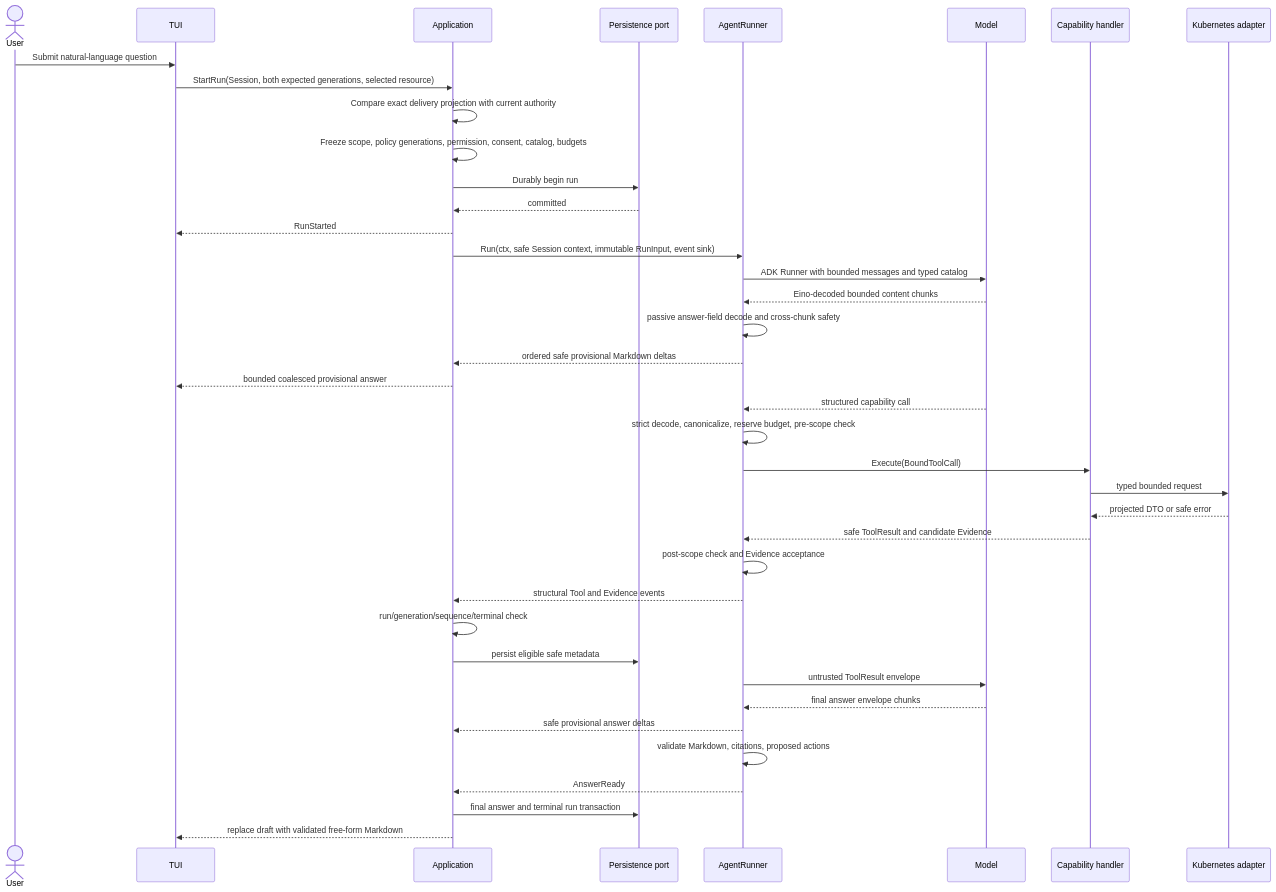
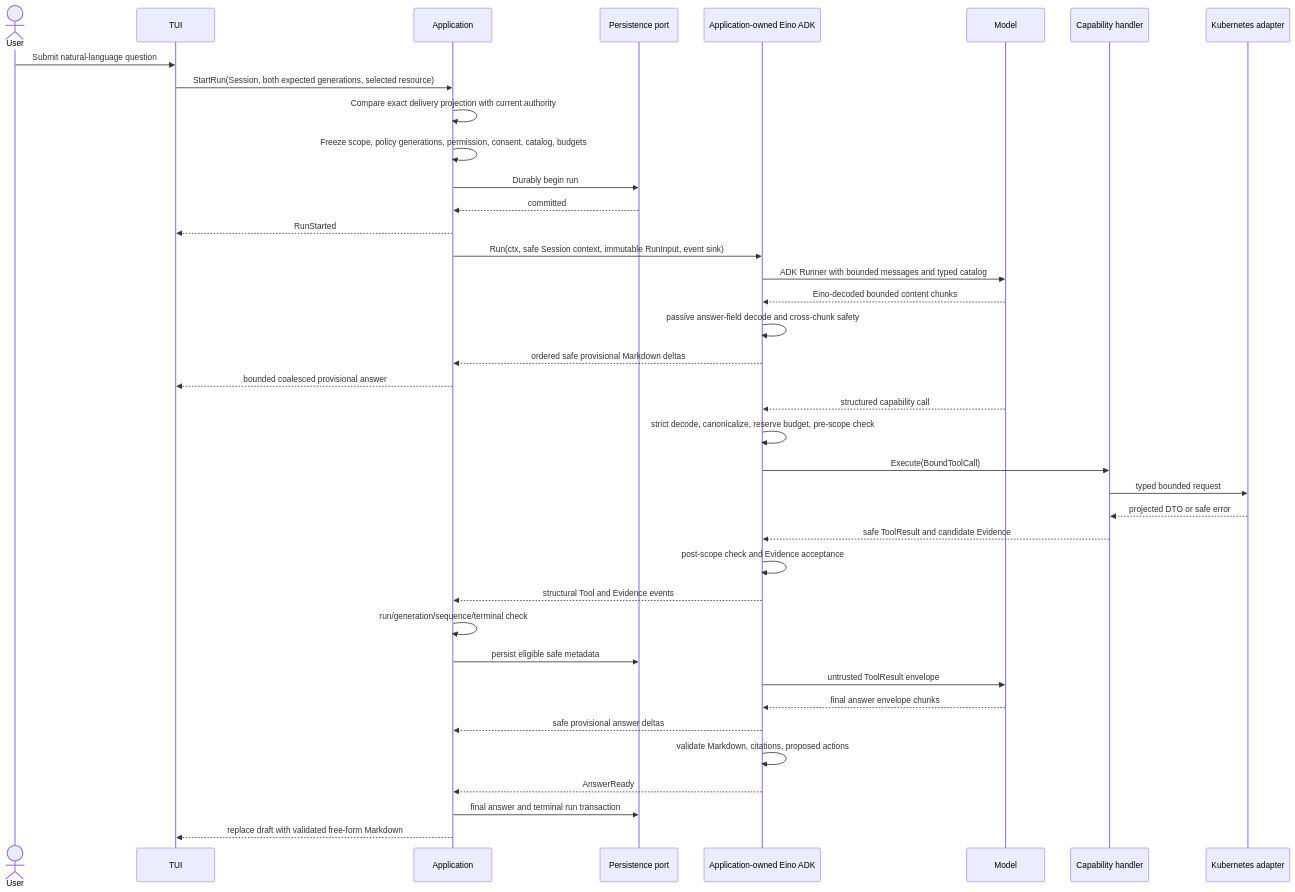
The third of 3 diagrams in docs/architecture.md (imbrooklyn/kupilot), drawn with Mermaid before and after one commit. The commit also changed other lines of this file and 135 other files, not shown here.

Commit message:
refactor: compose native Eino agents in Application

````diff
--- a/docs/architecture.md
+++ b/docs/architecture.md
@@ -218,42 +227,42 @@
 ```mermaid
 sequenceDiagram
     actor User
     participant TUI
     participant App as Application
     participant Store as Persistence port
-    participant Agent as AgentRunner
+    participant Agent as Application-owned Eino ADK
     participant Model
     participant Tool as Capability handler
     participant Kube as Kubernetes adapter
 
     User->>TUI: Submit natural-language question
     TUI->>App: StartRun(Session, both expected generations, selected resource)
     App->>App: Compare exact delivery projection with current authority
     App->>App: Freeze scope, policy generations, permission, consent, catalog, budgets
     App->>Store: Durably begin run
     Store-->>App: committed
     App-->>TUI: RunStarted
     App->>Agent: Run(ctx, safe Session context, immutable RunInput, event sink)
     Agent->>Model: ADK Runner with bounded messages and typed catalog
     Model-->>Agent: Eino-decoded bounded content chunks
     Agent->>Agent: passive answer-field decode and cross-chunk safety
     Agent-->>App: ordered safe provisional Markdown deltas
     App-->>TUI: bounded coalesced provisional answer
     Model-->>Agent: structured capability call
     Agent->>Agent: strict decode, canonicalize, reserve budget, pre-scope check
     Agent->>Tool: Execute(BoundToolCall)
     Tool->>Kube: typed bounded request
     Kube-->>Tool: projected DTO or safe error
     Tool-->>Agent: safe ToolResult and candidate Evidence
     Agent->>Agent: post-scope check and Evidence acceptance
     Agent-->>App: structural Tool and Evidence events
     App->>App: run/generation/sequence/terminal check
     App->>Store: persist eligible safe metadata
     Agent->>Model: untrusted ToolResult envelope
     Model-->>Agent: final answer envelope chunks
     Agent-->>App: safe provisional answer deltas
     Agent->>Agent: validate Markdown, citations, proposed actions
     Agent-->>App: AnswerReady
     App->>Store: final answer and terminal run transaction
     App-->>TUI: replace draft with validated free-form Markdown
 ```
````
